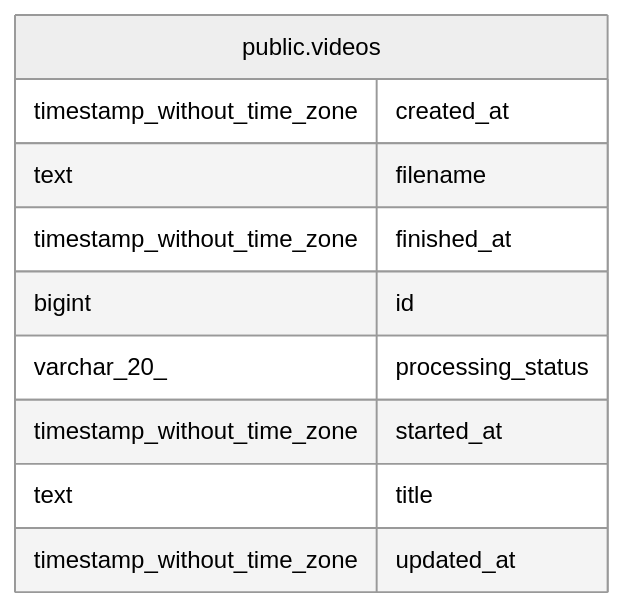
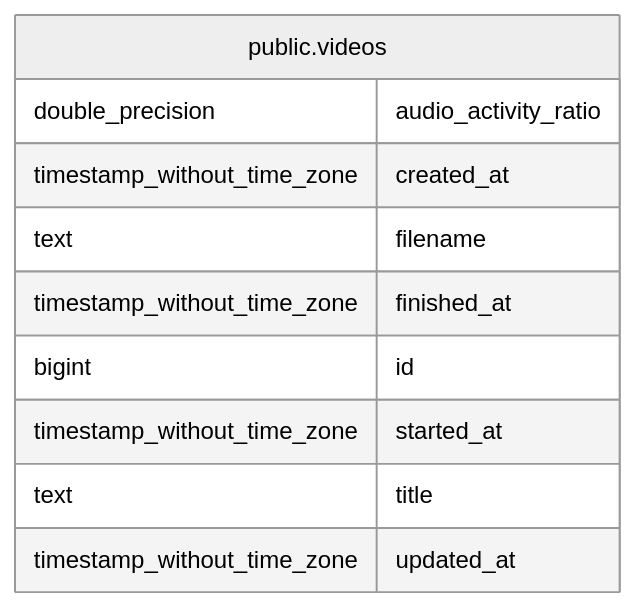
One commit to kijimad/tv changed the diagram in backend/docs/db/README.md. Above: the diagram before and after it, drawn with Mermaid (neutral theme). The commit also changed 3 other files, not shown here.

````diff
--- a/backend/docs/db/README.md
+++ b/backend/docs/db/README.md
@@ -11,15 +11,15 @@
 ```mermaid
 erDiagram
 
 
 "public.videos" {
+  double_precision audio_activity_ratio
   timestamp_without_time_zone created_at
   text filename
   timestamp_without_time_zone finished_at
   bigint id
-  varchar_20_ processing_status
   timestamp_without_time_zone started_at
   text title
   timestamp_without_time_zone updated_at
 }
 ```
````
